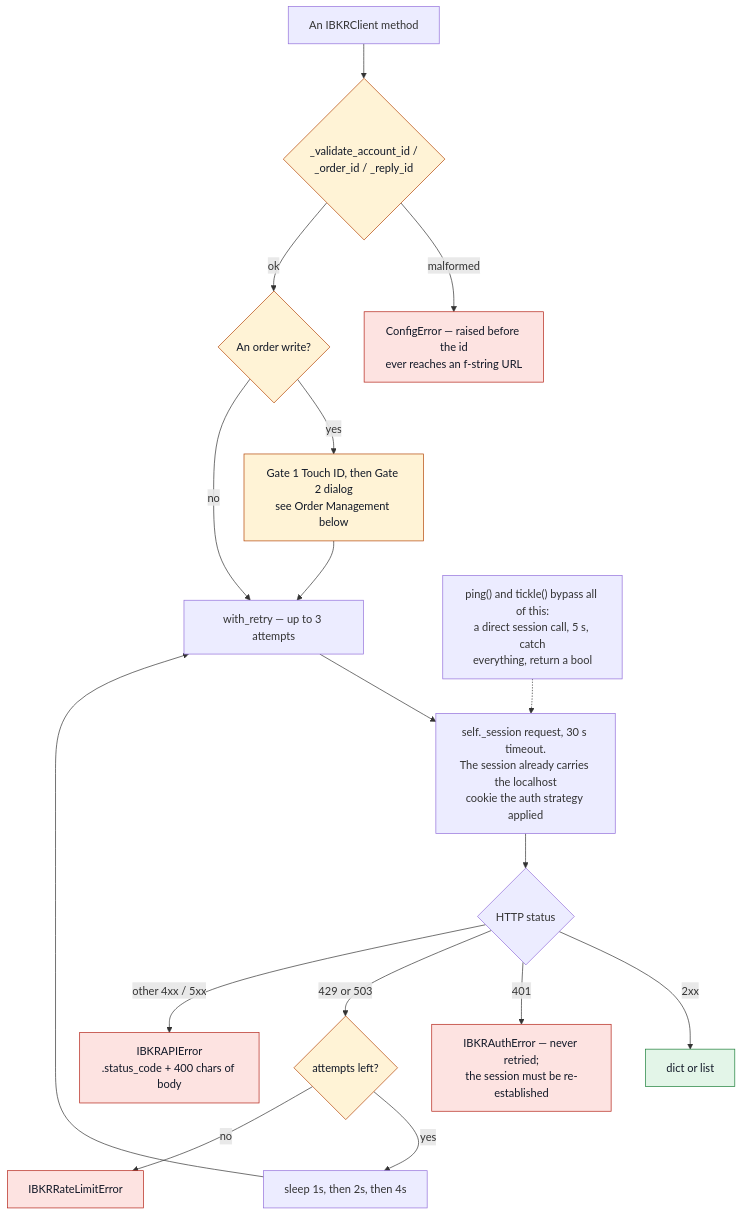
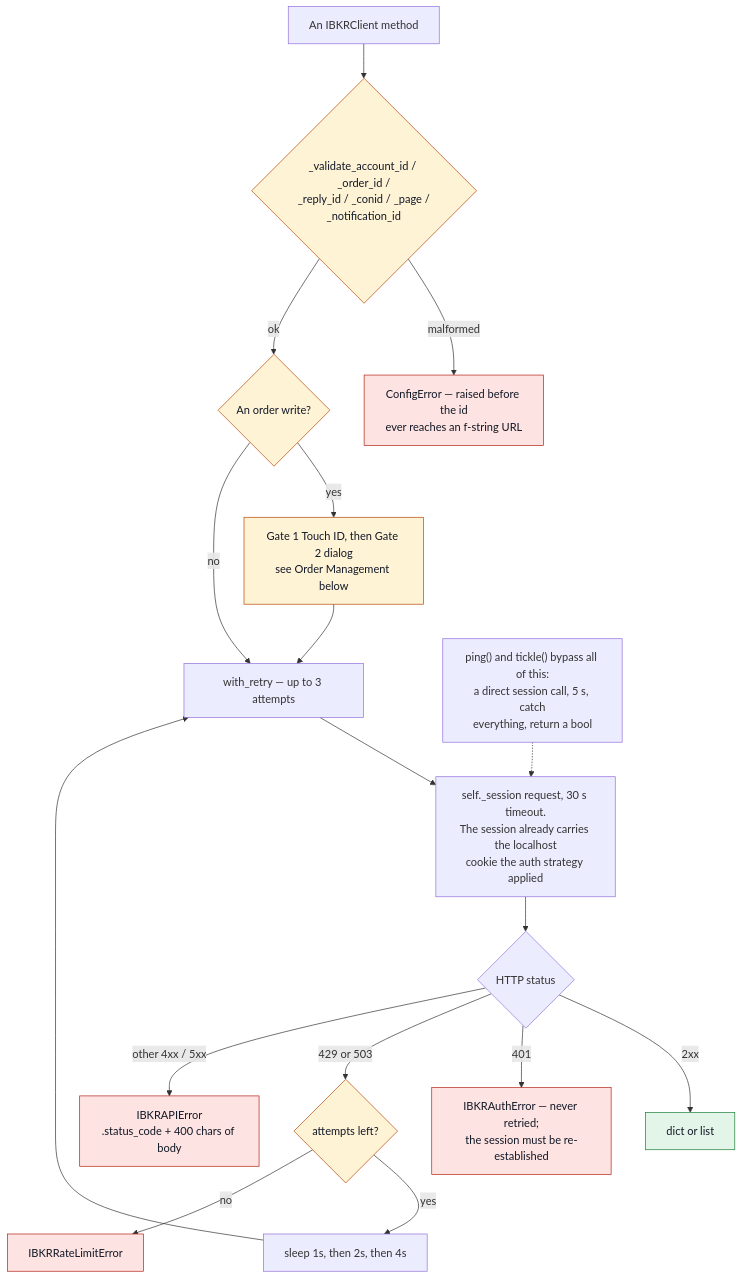
Before and after one commit to stephus182/ibkr_core_mcp: the diagram in docs/api-reference.md, drawn with Mermaid. The commit also changed other lines of this file and 21 other files, not shown here.

````diff
--- a/docs/api-reference.md
+++ b/docs/api-reference.md
@@ -1010,28 +1044,28 @@
 ```mermaid
 flowchart TB
     classDef ok fill:#e3f5e8,stroke:#1a7f37,color:#111827
     classDef err fill:#fde3e1,stroke:#b42318,color:#111827
     classDef guard fill:#fff3d6,stroke:#b54708,color:#111827
 
-    M["An IBKRClient method"] --> V{"_validate_account_id /<br/>_order_id / _reply_id"}
+    M["An IBKRClient method"] --> V{"_validate_account_id / _order_id /<br/>_reply_id / _conid / _page /<br/>_notification_id"}
     V -->|"malformed"| CE["ConfigError — raised before the id<br/>ever reaches an f-string URL"]
     V -->|"ok"| G{"An order write?"}
     G -->|"yes"| GATES["Gate 1 Touch ID, then Gate 2 dialog<br/>see Order Management below"]
     G -->|"no"| RT["with_retry — up to 3 attempts"]
     GATES --> RT
     RT --> REQ["self._session request, 30 s timeout.<br/>The session already carries the localhost<br/>cookie the auth strategy applied"]
     REQ --> S{"HTTP status"}
     S -->|"2xx"| OK["dict or list"]
     S -->|"401"| AE["IBKRAuthError — never retried;<br/>the session must be re-established"]
     S -->|"429 or 503"| B{"attempts left?"}
     B -->|"yes"| SLEEP["sleep 1s, then 2s, then 4s"]
     SLEEP --> RT
     B -->|"no"| RE["IBKRRateLimitError"]
     S -->|"other 4xx / 5xx"| AP["IBKRAPIError<br/>.status_code + 400 chars of body"]
 
     PT["ping() and tickle() bypass all of this:<br/>a direct session call, 5 s, catch<br/>everything, return a bool"] -.-> REQ
 
     class OK ok
     class CE,AE,RE,AP err
     class V,G,GATES,B guard
 ```
````
